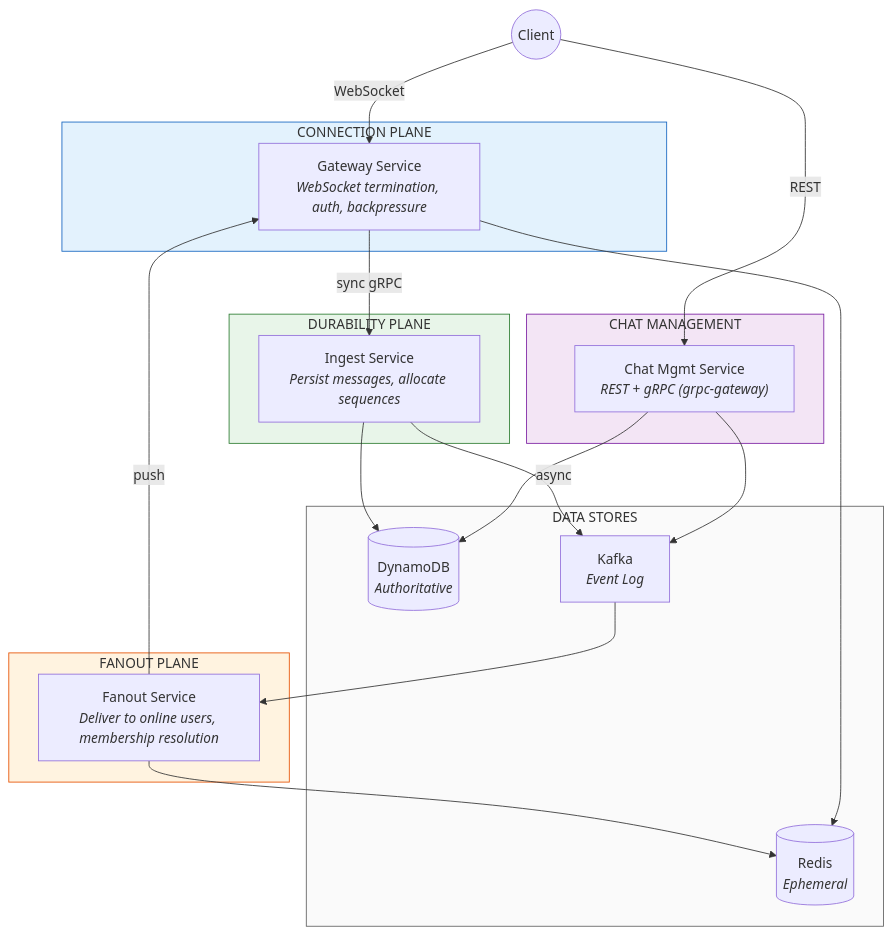
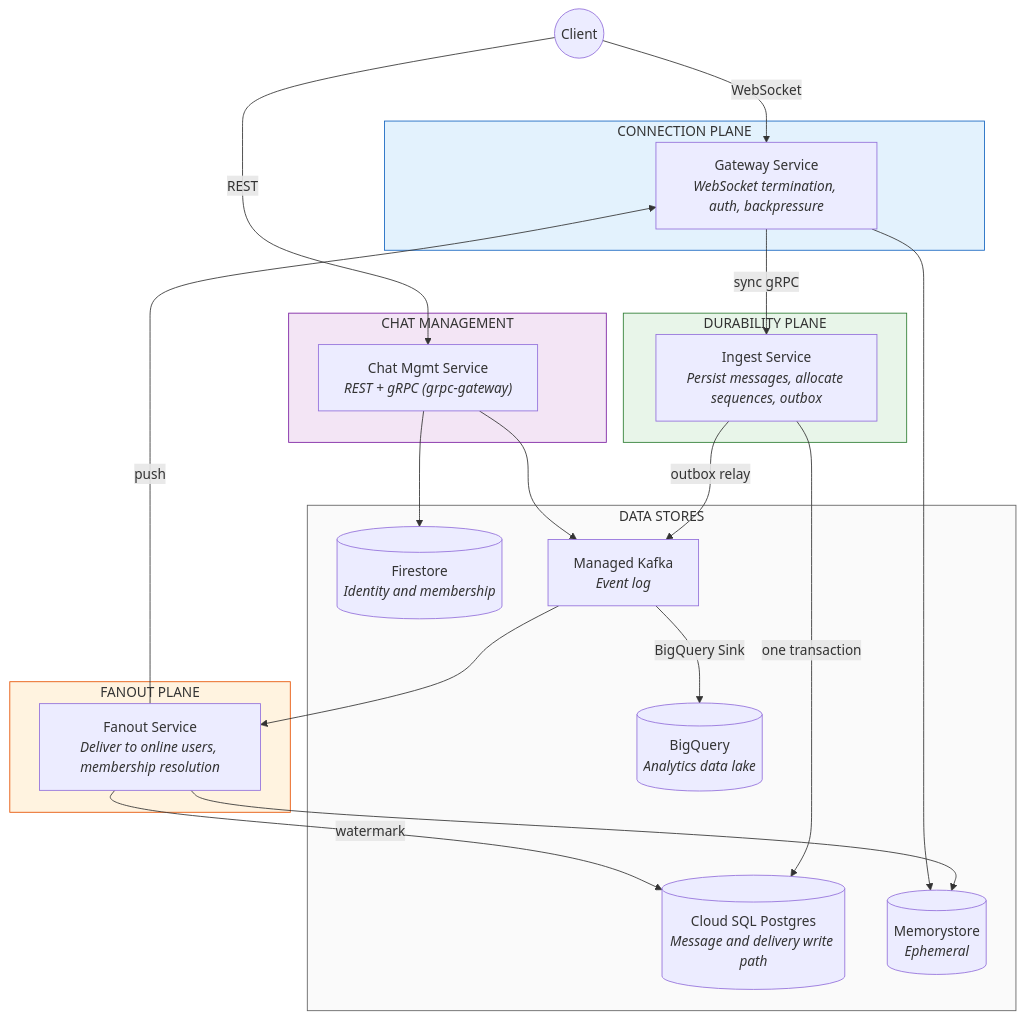
Before and after one commit to ae-lexs/realtime-messaging-platform: the diagram in README.md, drawn with Mermaid. The commit also changed other lines of this file and 3 other files, not shown here.

````diff
--- a/README.md
+++ b/README.md
@@ -11,42 +14,41 @@
 ```mermaid
 flowchart TB
     subgraph CP["CONNECTION PLANE"]
         GW["Gateway Service<br/><i>WebSocket termination, auth, backpressure</i>"]
     end
-
     subgraph DP["DURABILITY PLANE"]
-        IS["Ingest Service<br/><i>Persist messages, allocate sequences</i>"]
+        IS["Ingest Service<br/><i>Persist messages, allocate sequences, outbox</i>"]
     end
-
     subgraph FP["FANOUT PLANE"]
         FW["Fanout Service<br/><i>Deliver to online users, membership resolution</i>"]
     end
-
     subgraph CM["CHAT MANAGEMENT"]
         CMS["Chat Mgmt Service<br/><i>REST + gRPC (grpc-gateway)</i>"]
     end
-
     subgraph DATA["DATA STORES"]
-        DDB[("DynamoDB<br/><i>Authoritative</i>")]
-        KAFKA["Kafka<br/><i>Event Log</i>"]
-        REDIS[("Redis<br/><i>Ephemeral</i>")]
+        PG[("Cloud SQL Postgres<br/><i>Message and delivery write path</i>")]
+        FS[("Firestore<br/><i>Identity and membership</i>")]
+        KAFKA["Managed Kafka<br/><i>Event log</i>"]
+        REDIS[("Memorystore<br/><i>Ephemeral</i>")]
+        BQ[("BigQuery<br/><i>Analytics data lake</i>")]
     end
-
     CLIENT((Client)) -->|WebSocket| GW
     CLIENT -->|REST| CMS
     GW -->|"sync gRPC"| IS
-    IS --> DDB
-    IS -->|"async"| KAFKA
+    IS -->|"one transaction"| PG
+    IS -->|"outbox relay"| KAFKA
     KAFKA --> FW
     FW --> REDIS
+    FW -->|"watermark"| PG
     FW -->|"push"| GW
-    CMS --> DDB
+    CMS --> FS
     CMS --> KAFKA
     GW --> REDIS
+    KAFKA -->|"BigQuery Sink"| BQ
 
     style CP fill:#e3f2fd,stroke:#1565c0
     style DP fill:#e8f5e9,stroke:#2e7d32
     style FP fill:#fff3e0,stroke:#e65100
     style CM fill:#f3e5f5,stroke:#7b1fa2
     style DATA fill:#fafafa,stroke:#616161
 ```
````
